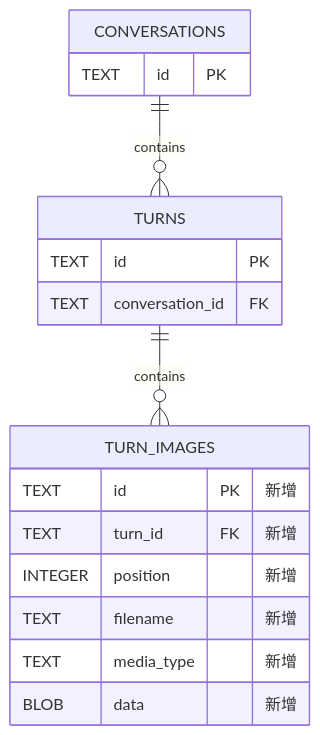
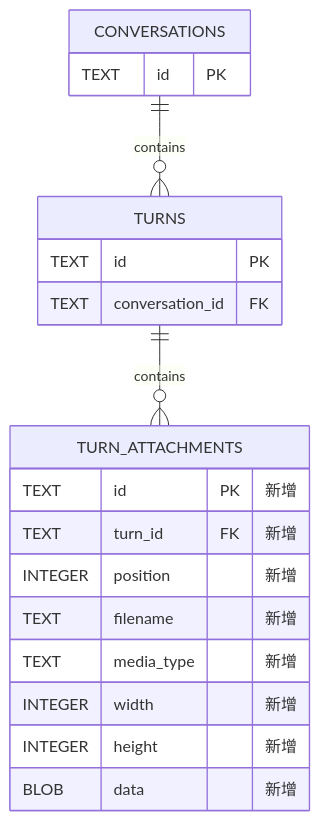
One commit to sakumashirayuki/westie changed the diagram in docs/plans/2026-11-24-image-attachments-technical-spec.md. Above: the diagram before and after it, drawn with Mermaid. The commit also changed other lines of this file, not shown here.

````diff
--- a/docs/plans/2026-11-24-image-attachments-technical-spec.md
+++ b/docs/plans/2026-11-24-image-attachments-technical-spec.md
@@ -137,20 +167,22 @@
 ```mermaid
 erDiagram
   CONVERSATIONS ||--o{ TURNS : contains
-  TURNS ||--o{ TURN_IMAGES : contains
+  TURNS ||--o{ TURN_ATTACHMENTS : contains
   CONVERSATIONS {
     TEXT id PK
   }
   TURNS {
     TEXT id PK
     TEXT conversation_id FK
   }
-  TURN_IMAGES {
+  TURN_ATTACHMENTS {
     TEXT id PK "新增"
     TEXT turn_id FK "新增"
     INTEGER position "新增"
     TEXT filename "新增"
     TEXT media_type "新增"
+    INTEGER width "新增"
+    INTEGER height "新增"
     BLOB data "新增"
   }
 ```
````
